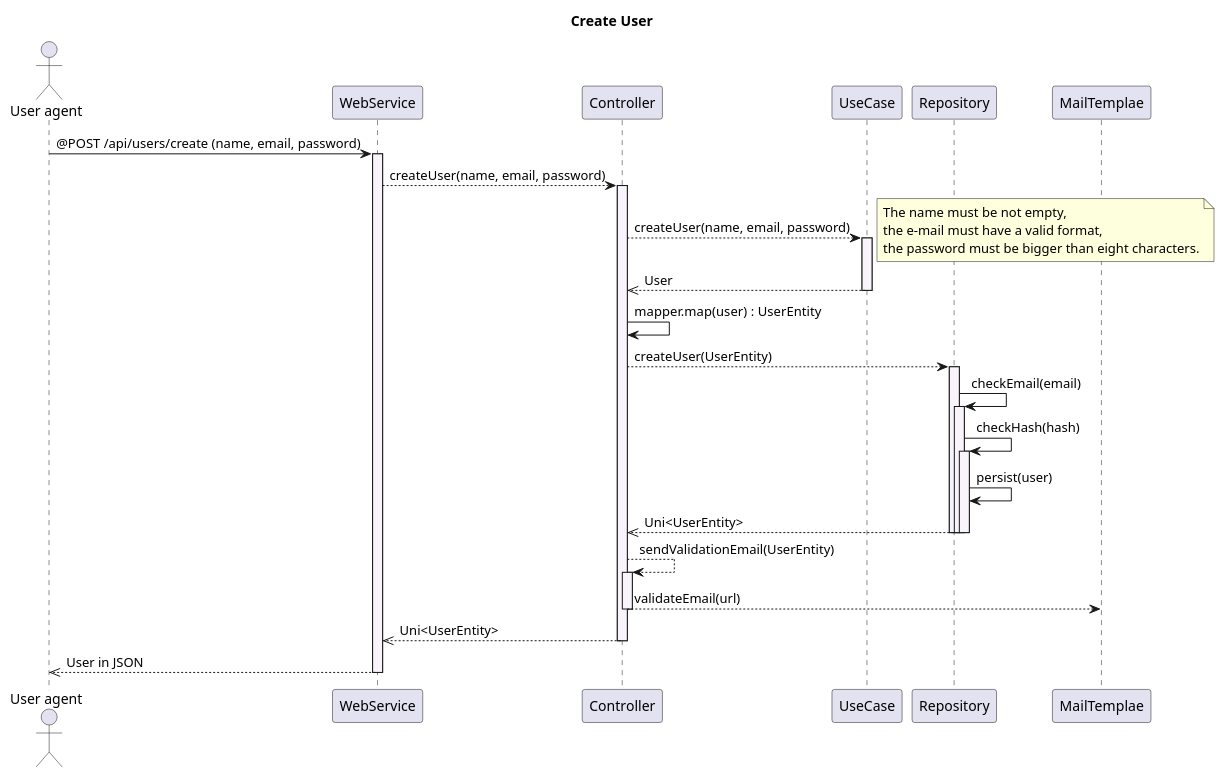
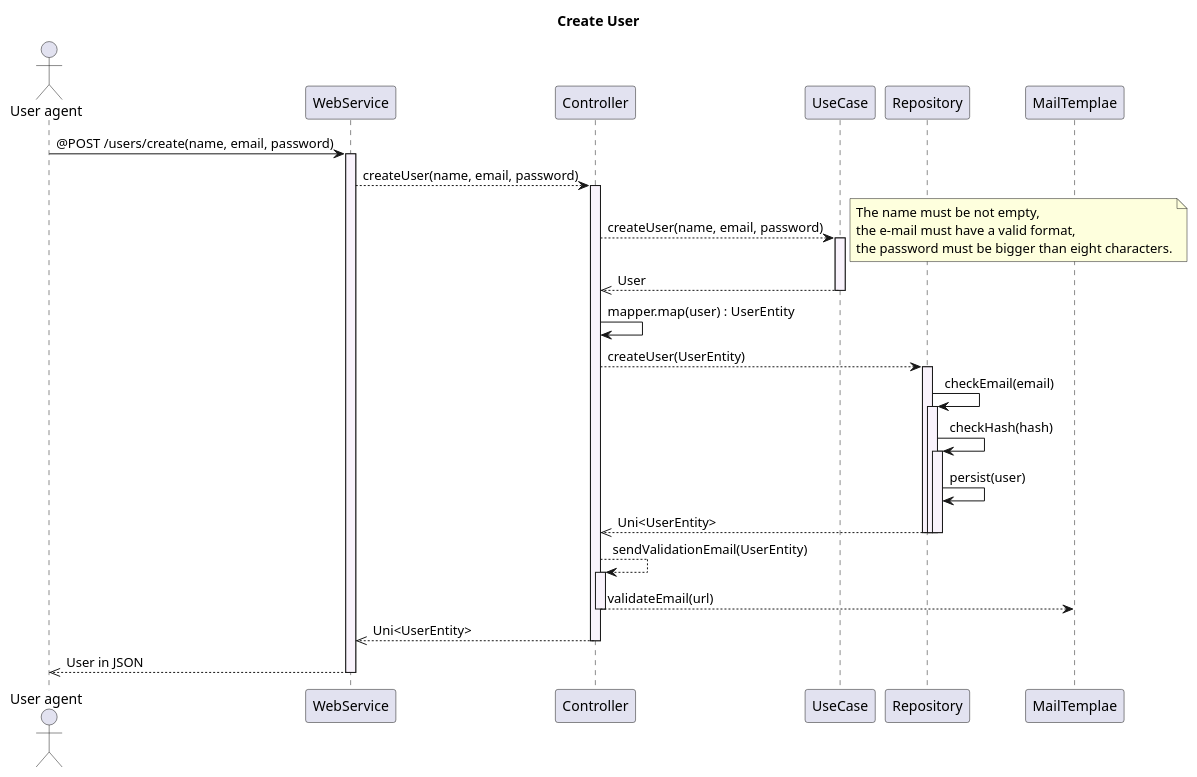
Before and after one commit to orion-services/users: the diagram in docs/usecases/CreateUser/sequence.puml, drawn with PlantUML. The commit also changed 21 other files, not shown here.

Commit message:
Clean architecture refactor Fixes #53

```diff
--- a/docs/usecases/CreateUser/sequence.puml
+++ b/docs/usecases/CreateUser/sequence.puml
@@ -1,53 +1,53 @@
 @startuml
 
 title Create User
 actor "User agent"
 
-' User agente sends a request to endpoint /api/users/create to create a user
-"User agent" -> WebService: @POST /api/users/create (name, email, password)
+' User agente sends a request to endpoint /users/create to create a user
+"User agent" -> WebService: @POST /users/create(name, email, password)
 activate WebService #F9F3FC
 WebService --> Controller : createUser(name, email, password)
 activate Controller #F9F3FC
 
 ' Controller creates a User object (POJO) through the use case
 Controller --> UseCase : createUser(name, email, password)
 activate UseCase #F9F3FC
 note right
     The name must be not empty,
     the e-mail must have a valid format,
     the password must be bigger than eight characters.
 end note
 UseCase -->> Controller : User
 deactivate UseCase
 
 ' Contoller converts the User to UserEntity
 Controller -> Controller : mapper.map(user) : UserEntity
 
 'Repository checks if the e-mail and hash already existe in the data base
 'and persists the UserEntity
 Controller --> Repository : createUser(UserEntity)
 activate Repository #F9F3FC
 Repository -> Repository: checkEmail(email)
 activate Repository #F9F3FC
 Repository -> Repository: checkHash(hash)
 activate Repository #F9F3FC
 Repository -> Repository: persist(user)
 Repository -->> Controller : Uni<UserEntity>
 deactivate Repository
 deactivate Repository
 deactivate Repository
 
 ' Controller sends a validation code/url to the user's e-mail
 Controller --> Controller : sendValidationEmail(UserEntity)
 activate Controller #F9F3FC
 Controller --> MailTemplae : validateEmail(url)
 deactivate Controller #F9F3FC
 
 ' Controller returns the UserEntity to the WebService
 Controller -->> WebService : Uni<UserEntity>
 deactivate Controller #F9F3FC
 
 ' WebService returns the UserEntity to the User agent in JSON
 WebService -->> "User agent" : User in JSON
 deactivate WebService
 @enduml
```
